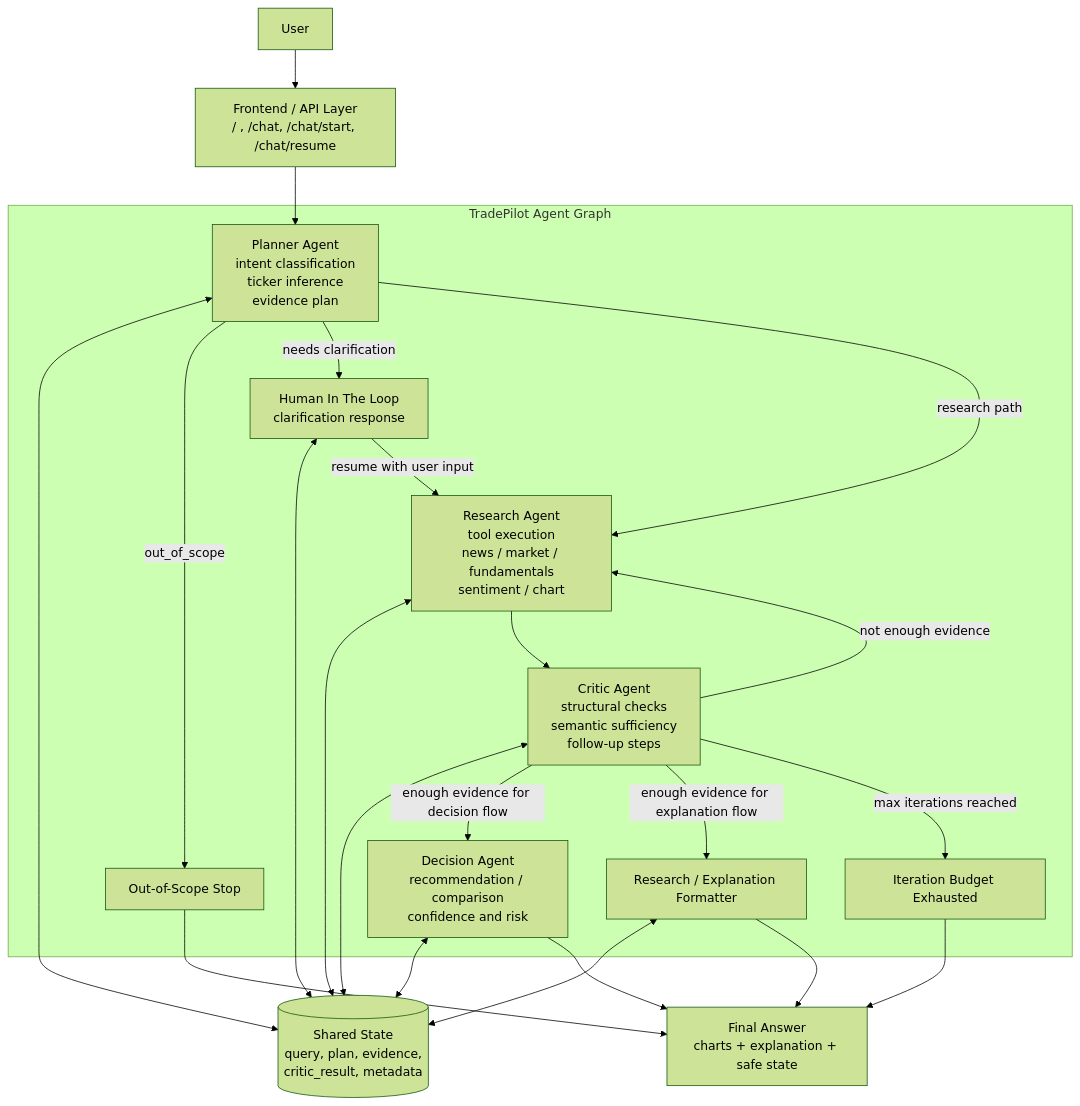
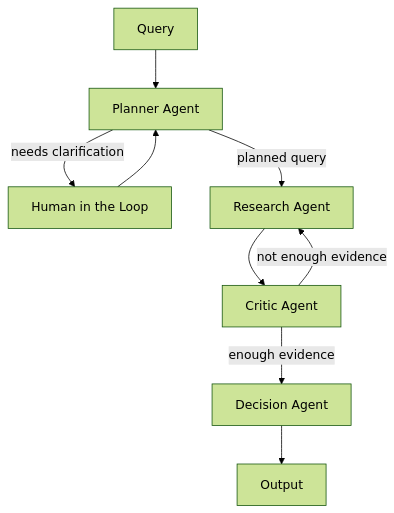
Before and after one commit to elise1210/ieor4576-project3-tradepilot-ai: the diagram in README.md, drawn with Mermaid (forest theme).

Commit message:
Update the meraid graph

````diff
--- a/README.md
+++ b/README.md
@@ -61,37 +61,19 @@
 ```mermaid
 flowchart TD
-    U[User]
-    FE[Frontend / API Layer<br/>/ , /chat, /chat/start, /chat/resume]
-    S[(Shared State<br/>query, plan, evidence,<br/>critic_result, metadata)]
+    Q[Query]
+    P[Planner Agent]
+    H[Human in the Loop]
+    R[Research Agent]
+    C[Critic Agent]
+    D[Decision Agent]
+    O[Output]
 
-    subgraph G[TradePilot Agent Graph]
-        P[Planner Agent<br/>intent classification<br/>ticker inference<br/>evidence plan]
-        H[Human In The Loop<br/>clarification response]
-        R[Research Agent<br/>tool execution<br/>news / market / fundamentals<br/>sentiment / chart]
-        C[Critic Agent<br/>structural checks<br/>semantic sufficiency<br/>follow-up steps]
-        D[Decision Agent<br/>recommendation / comparison<br/>confidence and risk]
-        X[Research / Explanation Formatter]
-        O[Out-of-Scope Stop]
-        E[Iteration Budget Exhausted]
-    end
-
-    A[Final Answer<br/>charts + explanation + safe state]
-
-    U --> FE --> P
-    P <--> S
-    R <--> S
-    C <--> S
-    D <--> S
-    X <--> S
-    H <--> S
-
-    P -->|out_of_scope| O --> A
-    P -->|needs clarification| H -->|resume with user input| R
-    P -->|research path| R
-
+    Q --> P
+    P -->|needs clarification| H
+    H --> P
+    P -->|planned query| R
     R --> C
     C -->|not enough evidence| R
-    C -->|enough evidence for decision flow| D --> A
-    C -->|enough evidence for explanation flow| X --> A
-    C -->|max iterations reached| E --> A
+    C -->|enough evidence| D
+    D --> O
 ```
````
